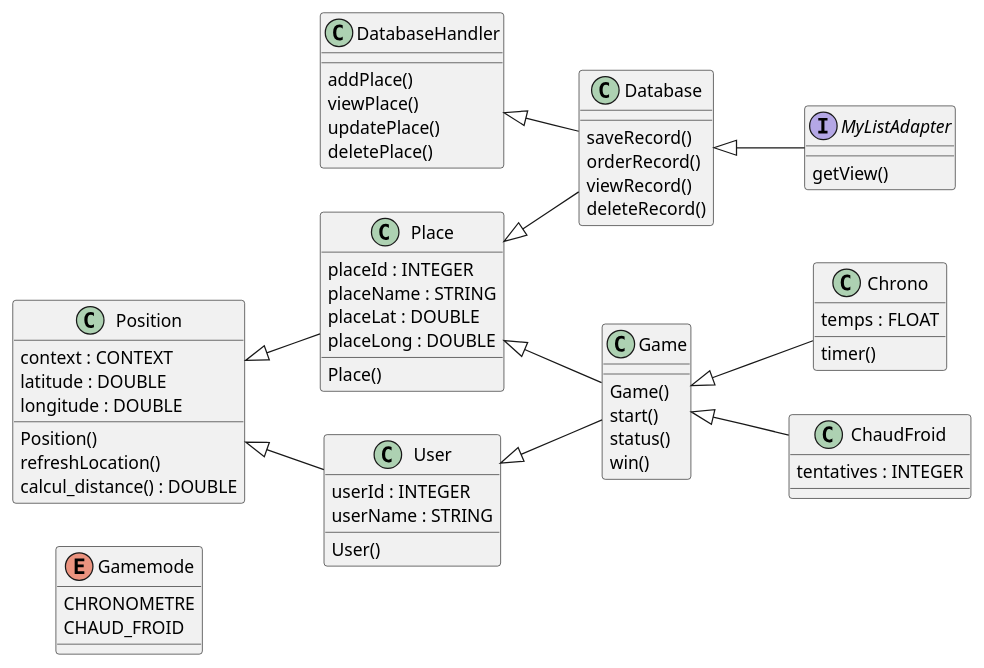
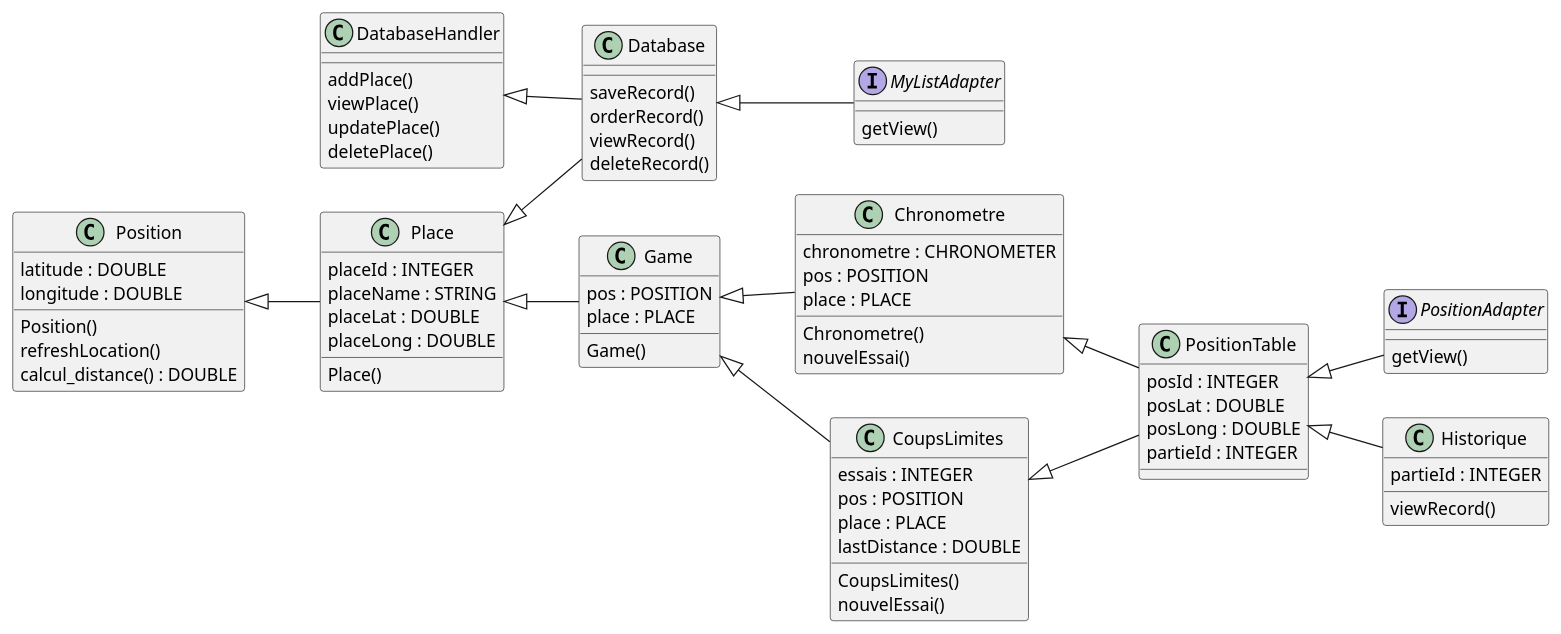
The diagram in app/src/docs/UML/@startuml.wsd (Kaanar/Akenasia), drawn with PlantUML before and after one commit. The commit also changed 1 other file, not shown here.

Commit message:
Update UML

```diff
--- a/app/src/docs/UML/@startuml.wsd
+++ b/app/src/docs/UML/@startuml.wsd
@@ -1,76 +1,89 @@
 @startuml Akenasia
 left to right direction
 
-enum Gamemode {
-  CHRONOMETRE
-  CHAUD_FROID
-}
-
-class Chrono {
-  temps : FLOAT
-  timer()
+class Chronometre {
+  chronometre : CHRONOMETER
+  pos : POSITION
+  place : PLACE
+  Chronometre()
+  nouvelEssai()
 }
 
 class Place {
   placeId : INTEGER
   placeName : STRING
   placeLat : DOUBLE
   placeLong : DOUBLE
   Place()
 }
 
 class Database {
   saveRecord()
   orderRecord()
   viewRecord()
   deleteRecord()
 }
 
 class Position {
-  context : CONTEXT
   latitude : DOUBLE
   longitude : DOUBLE
   Position()
   refreshLocation()
   calcul_distance() : DOUBLE
 }
 
-class User {
-  userId : INTEGER
-  userName : STRING
-  User()
-}
-
 interface MyListAdapter {
   getView()
 }
 
 class Game {
+  pos : POSITION
+  place : PLACE
   Game()
-  start()
-  status()
-  win()
 }
 
-class ChaudFroid {
-  tentatives : INTEGER
+class CoupsLimites {
+  essais : INTEGER
+  pos : POSITION
+  place : PLACE
+  lastDistance : DOUBLE
+  CoupsLimites()
+  nouvelEssai()
+}
+
+class PositionTable {
+  posId : INTEGER
+  posLat : DOUBLE
+  posLong : DOUBLE
+  partieId : INTEGER
+}
+
+interface PositionAdapter {
+  getView()
+}
+
+class Historique {
+  partieId : INTEGER
+  viewRecord()
 }
 
 class DatabaseHandler {
   addPlace()
   viewPlace()
   updatePlace()
   deletePlace()
 }
 
 Database <|-- MyListAdapter
 DatabaseHandler <|-- Database
 Place <|-- Database
 Position <|-- Place
 Place <|-- Game
-Position <|-- User
-User <|-- Game
-Game <|-- Chrono
-Game <|-- ChaudFroid
+Game <|-- Chronometre
+Game <|-- CoupsLimites
+Chronometre <|-- PositionTable
+CoupsLimites <|-- PositionTable
+PositionTable <|-- PositionAdapter
+PositionTable <|-- Historique
 
 @enduml
```
